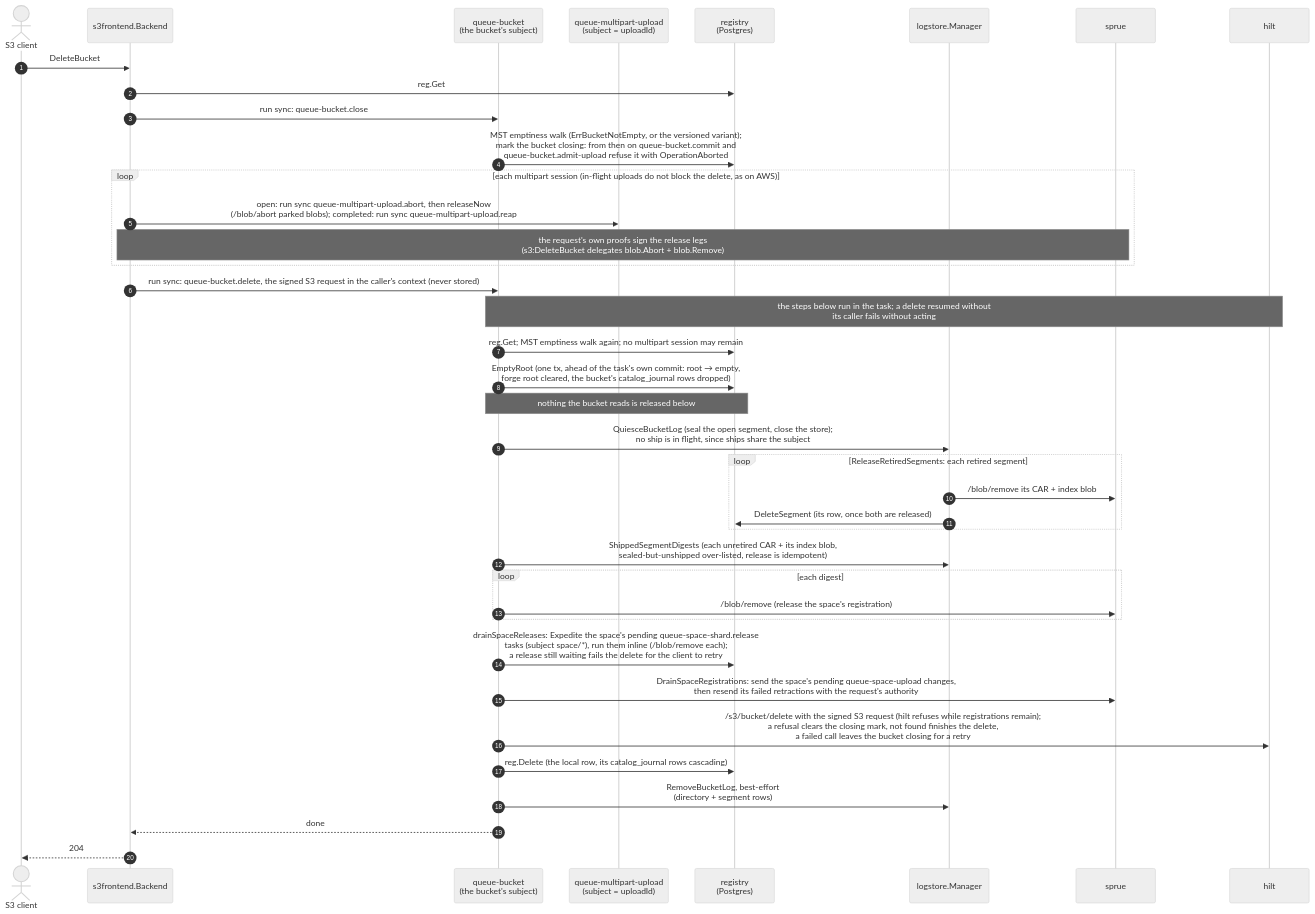
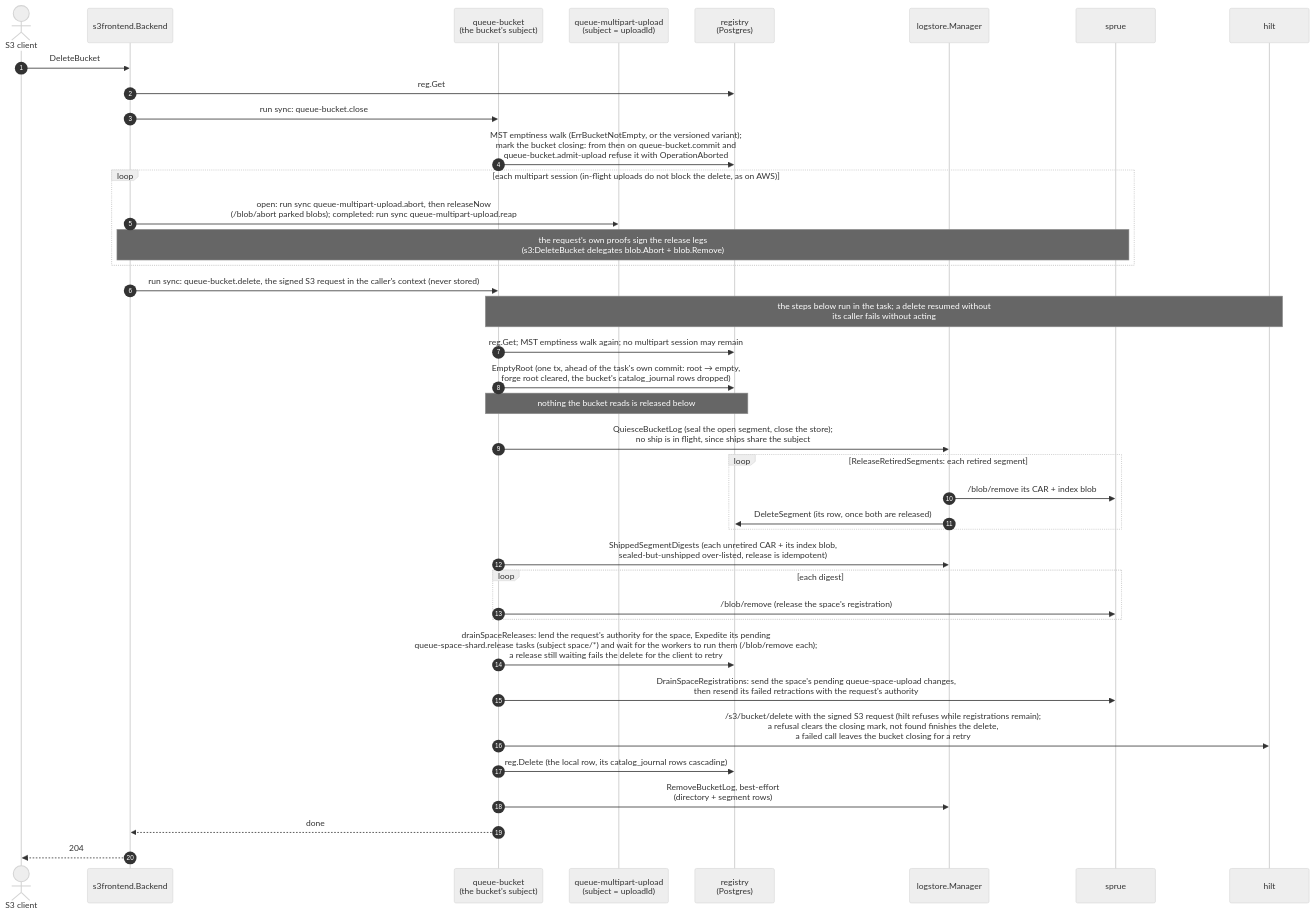
Diagram 15 of 15 in docs/diagrams.md (fil-forge/ingot), drawn with Mermaid (neutral theme) before and after one commit. The commit also changed other lines of this file and 2 other files, not shown here.

Commit message:
docs: follow the review fixes
Complete cancels an accept its upload queued rather than running behind
it, and requests wait for the runner's workers to run releases instead of
running them inline, with a bucket delete lending its authority for the
space meanwhile.

````diff
--- a/docs/diagrams.md
+++ b/docs/diagrams.md
@@ -1294,42 +1294,42 @@
 ```mermaid
 sequenceDiagram
     autonumber
     actor C as S3 client
     participant B as s3frontend.Backend
     participant Q as queue-bucket<br/>(the bucket's subject)
     participant M as queue-multipart-upload<br/>(subject = uploadId)
     participant R as registry<br/>(Postgres)
     participant L as logstore.Manager
     participant U as sprue
     participant H as hilt
 
     C->>B: DeleteBucket
     B->>R: reg.Get
     B->>Q: run sync: queue-bucket.close
     Q->>R: MST emptiness walk (ErrBucketNotEmpty, or the versioned variant)#59;<br/>mark the bucket closing: from then on queue-bucket.commit and<br/>queue-bucket.admit-upload refuse it with OperationAborted
     loop each multipart session (in-flight uploads do not block the delete, as on AWS)
         B->>M: open: run sync queue-multipart-upload.abort, then releaseNow<br/>(/blob/abort parked blobs)#59; completed: run sync queue-multipart-upload.reap
         Note over B,U: the request's own proofs sign the release legs<br/>(s3:DeleteBucket delegates blob.Abort + blob.Remove)
     end
     B->>Q: run sync: queue-bucket.delete, the signed S3 request in the caller's context (never stored)
     Note over Q,H: the steps below run in the task#59; a delete resumed without<br/>its caller fails without acting
     Q->>R: reg.Get#59; MST emptiness walk again#59; no multipart session may remain
     Q->>R: EmptyRoot (one tx, ahead of the task's own commit: root → empty,<br/>forge root cleared, the bucket's catalog_journal rows dropped)
     Note over Q,R: nothing the bucket reads is released below
     Q->>L: QuiesceBucketLog (seal the open segment, close the store)#59;<br/>no ship is in flight, since ships share the subject
     loop ReleaseRetiredSegments: each retired segment
         L->>U: /blob/remove its CAR + index blob
         L->>R: DeleteSegment (its row, once both are released)
     end
     Q->>L: ShippedSegmentDigests (each unretired CAR + its index blob,<br/>sealed-but-unshipped over-listed, release is idempotent)
     loop each digest
         Q->>U: /blob/remove (release the space's registration)
     end
-    Q->>R: drainSpaceReleases: Expedite the space's pending queue-space-shard.release<br/>tasks (subject space/*), run them inline (/blob/remove each)#59;<br/>a release still waiting fails the delete for the client to retry
+    Q->>R: drainSpaceReleases: lend the request's authority for the space, Expedite its pending<br/>queue-space-shard.release tasks (subject space/*) and wait for the workers to run them (/blob/remove each)#59;<br/>a release still waiting fails the delete for the client to retry
     Q->>U: DrainSpaceRegistrations: send the space's pending queue-space-upload changes,<br/>then resend its failed retractions with the request's authority
     Q->>H: /s3/bucket/delete with the signed S3 request (hilt refuses while registrations remain)#59;<br/>a refusal clears the closing mark, not found finishes the delete,<br/>a failed call leaves the bucket closing for a retry
     Q->>R: reg.Delete (the local row, its catalog_journal rows cascading)
     Q->>L: RemoveBucketLog, best-effort<br/>(directory + segment rows)
     Q-->>B: done
     B-->>C: 204
 ```
````
